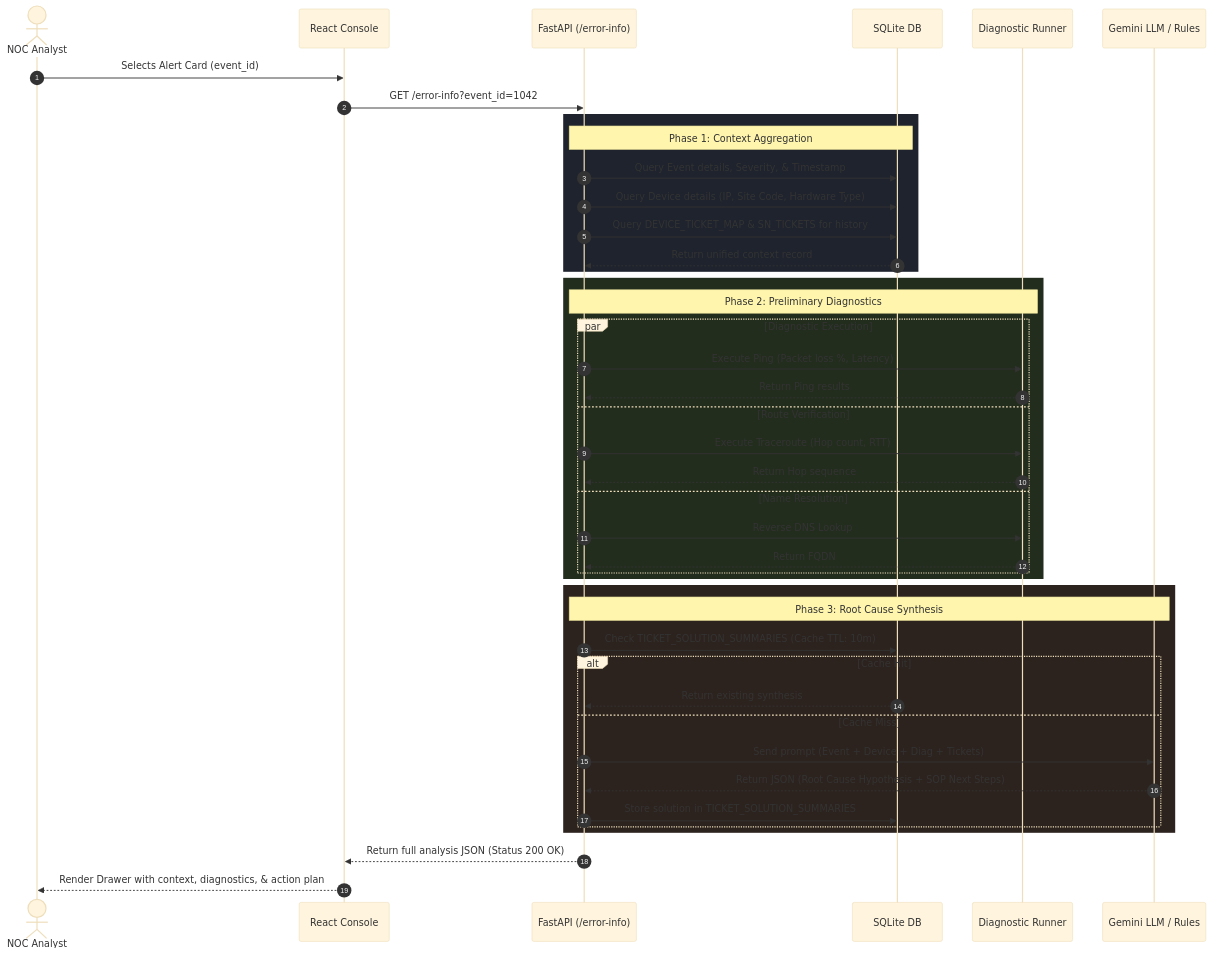
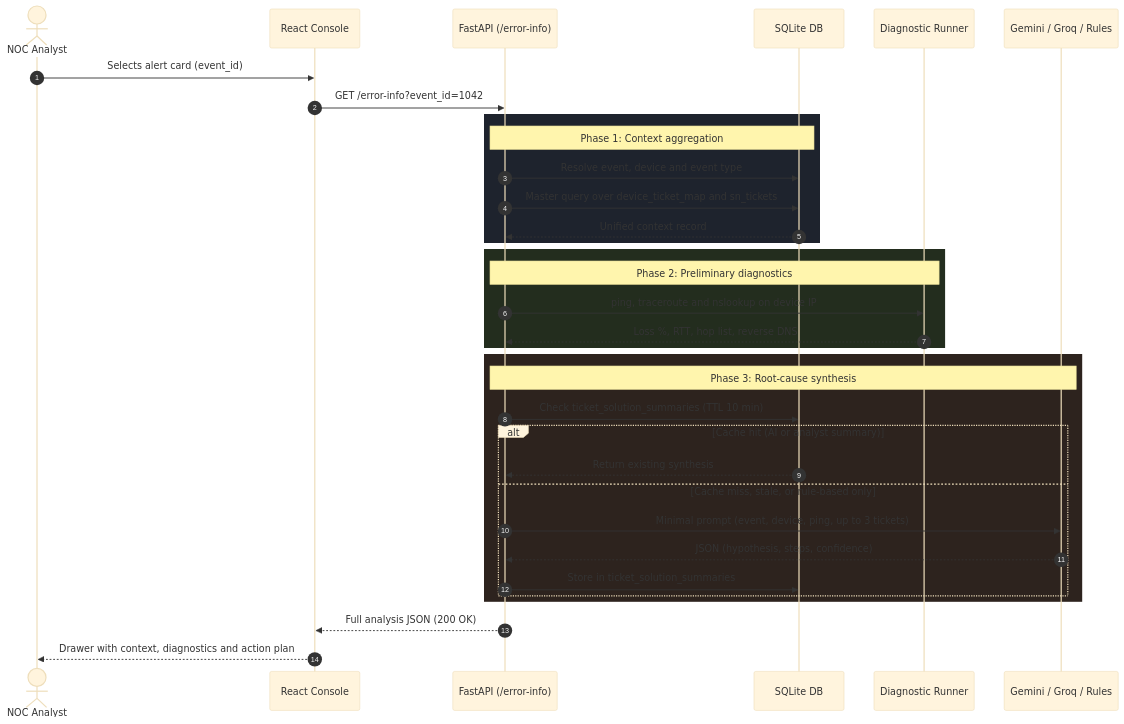
Before and after one commit to sanchiitvijay/noc-ps: the third of 8 diagrams in docs/NOC_Diagrams.md, drawn with Mermaid (base theme). The commit also changed other lines of this file and 3 other files, not shown here.

````diff
--- a/docs/NOC_Diagrams.md
+++ b/docs/NOC_Diagrams.md
@@ -61,50 +115,41 @@
 ```mermaid
 sequenceDiagram
     autonumber
     actor Analyst as NOC Analyst
     participant UI as React Console
     participant API as FastAPI (/error-info)
     participant DB as SQLite DB
     participant Diag as Diagnostic Runner
-    participant AI as Gemini LLM / Rules
+    participant AI as Gemini / Groq / Rules
 
-    Analyst->>UI: Selects Alert Card (event_id)
+    Analyst->>UI: Selects alert card (event_id)
     UI->>API: GET /error-info?event_id=1042
-    
+
     rect rgb(30, 35, 45)
-    Note over API,DB: Phase 1: Context Aggregation
-    API->>DB: Query Event details, Severity, & Timestamp
-    API->>DB: Query Device details (IP, Site Code, Hardware Type)
-    API->>DB: Query DEVICE_TICKET_MAP & SN_TICKETS for history
-    DB-->>API: Return unified context record
+    Note over API,DB: Phase 1: Context aggregation
+    API->>DB: Resolve event, device and event type
+    API->>DB: Master query over device_ticket_map and sn_tickets
+    DB-->>API: Unified context record
     end
 
     rect rgb(35, 45, 30)
-    Note over API,Diag: Phase 2: Preliminary Diagnostics
-    par Diagnostic Execution
-        API->>Diag: Execute Ping (Packet loss %, Latency)
-        Diag-->>API: Return Ping results
-    and Route Verification
-        API->>Diag: Execute Traceroute (Hop count, RTT)
-        Diag-->>API: Return Hop sequence
-    and Name Resolution
-        API->>Diag: Reverse DNS Lookup
-        Diag-->>API: Return FQDN
+    Note over API,Diag: Phase 2: Preliminary diagnostics
+    API->>Diag: ping, traceroute and nslookup on device IP
+    Diag-->>API: Loss %, RTT, hop list, reverse DNS
+    end
+
+    rect rgb(45, 35, 30)
+    Note over API,AI: Phase 3: Root-cause synthesis
+    API->>DB: Check ticket_solution_summaries (TTL 10 min)
+    alt Cache hit (AI or analyst summary)
+        DB-->>API: Return existing synthesis
+    else Cache miss, stale, or rule-based only
+        API->>AI: Minimal prompt (event, device, ping, up to 3 tickets)
+        AI-->>API: JSON (hypothesis, steps, confidence)
+        API->>DB: Store in ticket_solution_summaries
     end
     end
 
-    rect rgb(45, 35, 30)
-    Note over API,AI: Phase 3: Root Cause Synthesis
-    API->>DB: Check TICKET_SOLUTION_SUMMARIES (Cache TTL: 10m)
-    alt Cache Hit
-        DB-->>API: Return existing synthesis
-    else Cache Miss
-        API->>AI: Send prompt (Event + Device + Diag + Tickets)
-        AI-->>API: Return JSON (Root Cause Hypothesis + SOP Next Steps)
-        API->>DB: Store solution in TICKET_SOLUTION_SUMMARIES
-    end
-    end
-
-    API-->>UI: Return full analysis JSON (Status 200 OK)
-    UI-->>Analyst: Render Drawer with context, diagnostics, & action plan
+    API-->>UI: Full analysis JSON (200 OK)
+    UI-->>Analyst: Drawer with context, diagnostics and action plan
 ```
````
